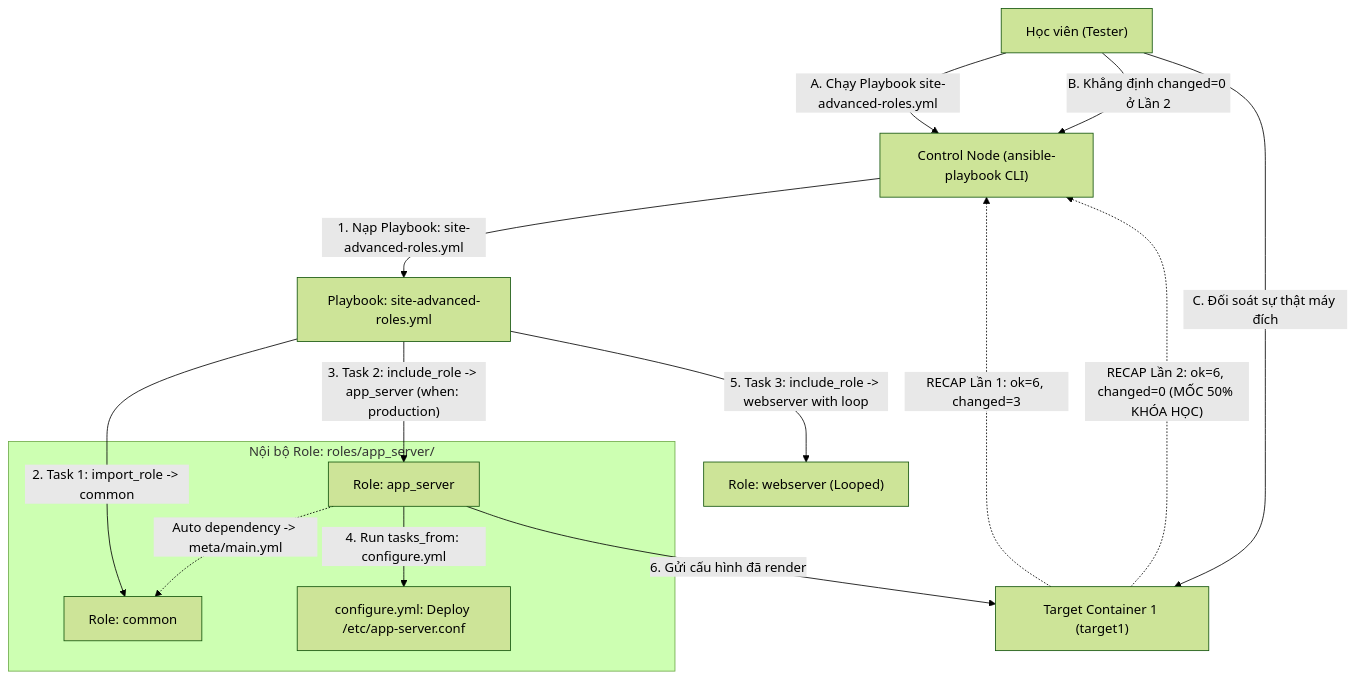
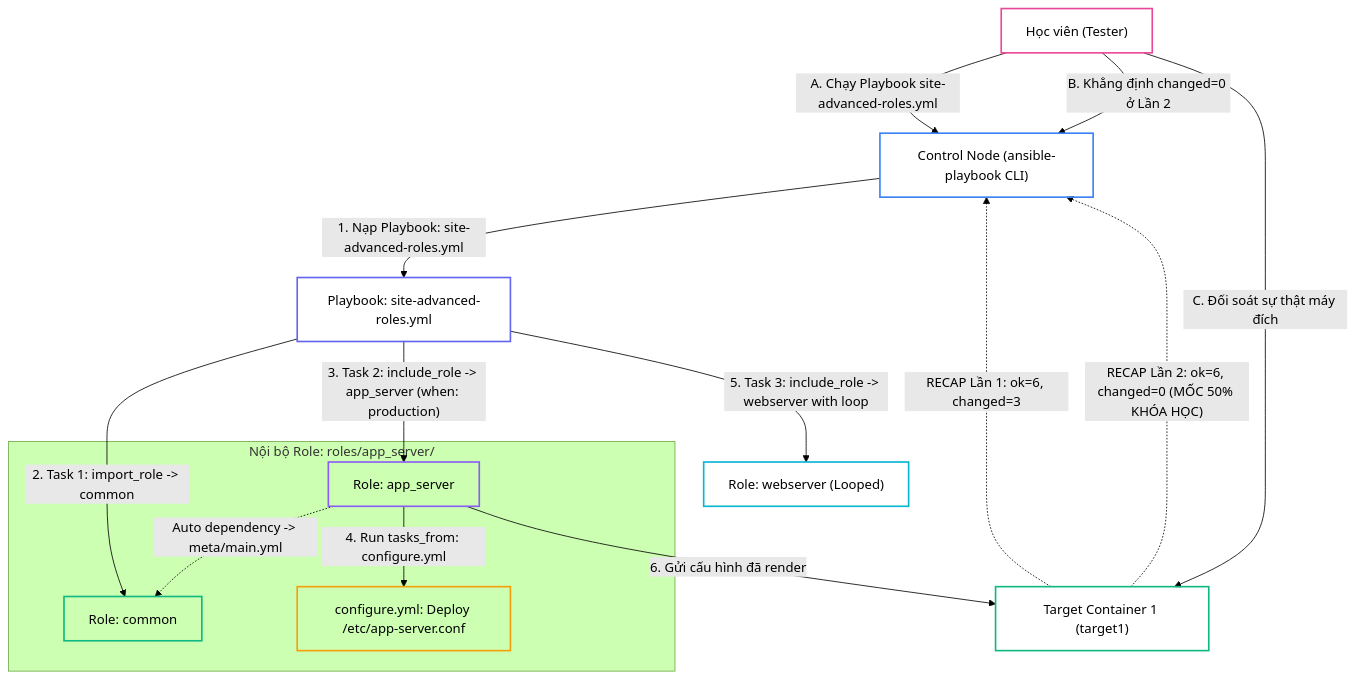
The third of 3 diagrams in _posts/2026-09-13-ansible-15-15-roles-advanced.md (kiennt308/ntk), drawn with Mermaid (forest theme) before and after one commit. The commit also changed other lines of this file and 30 other files, not shown here.

````diff
--- a/_posts/2026-09-13-ansible-15-15-roles-advanced.md
+++ b/_posts/2026-09-13-ansible-15-15-roles-advanced.md
@@ -456,23 +478,32 @@
 ```mermaid
 graph TD
     SubGraph1["Control Node (ansible-playbook CLI)"] -->|"1. Nạp Playbook: site-advanced-roles.yml"| PB["Playbook: site-advanced-roles.yml"]
     
     PB -->|"2. Task 1: import_role -> common"| R1["Role: common"]
     PB -->|"3. Task 2: include_role -> app_server (when: production)"| R2["Role: app_server"]
     
     subgraph "Nội bộ Role: roles/app_server/"
-        R2 -. "Auto dependency -> meta/main.yml" .-> R1
+        R2 -.->|"Auto dependency -> meta/main.yml"| R1
         R2 -->|"4. Run tasks_from: configure.yml"| TCFG["configure.yml: Deploy /etc/app-server.conf"]
     end
     
     PB -->|"5. Task 3: include_role -> webserver with loop"| R3["Role: webserver (Looped)"]
     
     R2 -->|"6. Gửi cấu hình đã render"| T1["Target Container 1 (target1)"]
     
-    T1 -. "RECAP Lần 1: ok=6, changed=3" .-> SubGraph1
-    T1 -. "RECAP Lần 2: ok=6, changed=0 (MỐC 50% KHÓA HỌC)" .-> SubGraph1
+    T1 -.->|"RECAP Lần 1: ok=6, changed=3"| SubGraph1
+    T1 -.->|"RECAP Lần 2: ok=6, changed=0 (MỐC 50% KHÓA HỌC)"| SubGraph1
     
     DEV["Học viên (Tester)"] -->|"A. Chạy Playbook site-advanced-roles.yml"| SubGraph1
     DEV -->|"B. Khẳng định changed=0 ở Lần 2"| SubGraph1
     DEV -->|"C. Đối soát sự thật máy đích"| T1
+
+    style SubGraph1 fill:none,stroke:#3b82f6,stroke-width:2px
+    style PB fill:none,stroke:#6366f1,stroke-width:2px
+    style R1 fill:none,stroke:#10b981,stroke-width:2px
+    style R2 fill:none,stroke:#8b5cf6,stroke-width:2px
+    style TCFG fill:none,stroke:#f59e0b,stroke-width:2px
+    style R3 fill:none,stroke:#06b6d4,stroke-width:2px
+    style T1 fill:none,stroke:#10b981,stroke-width:2px
+    style DEV fill:none,stroke:#ec4899,stroke-width:2px
 ```
````
